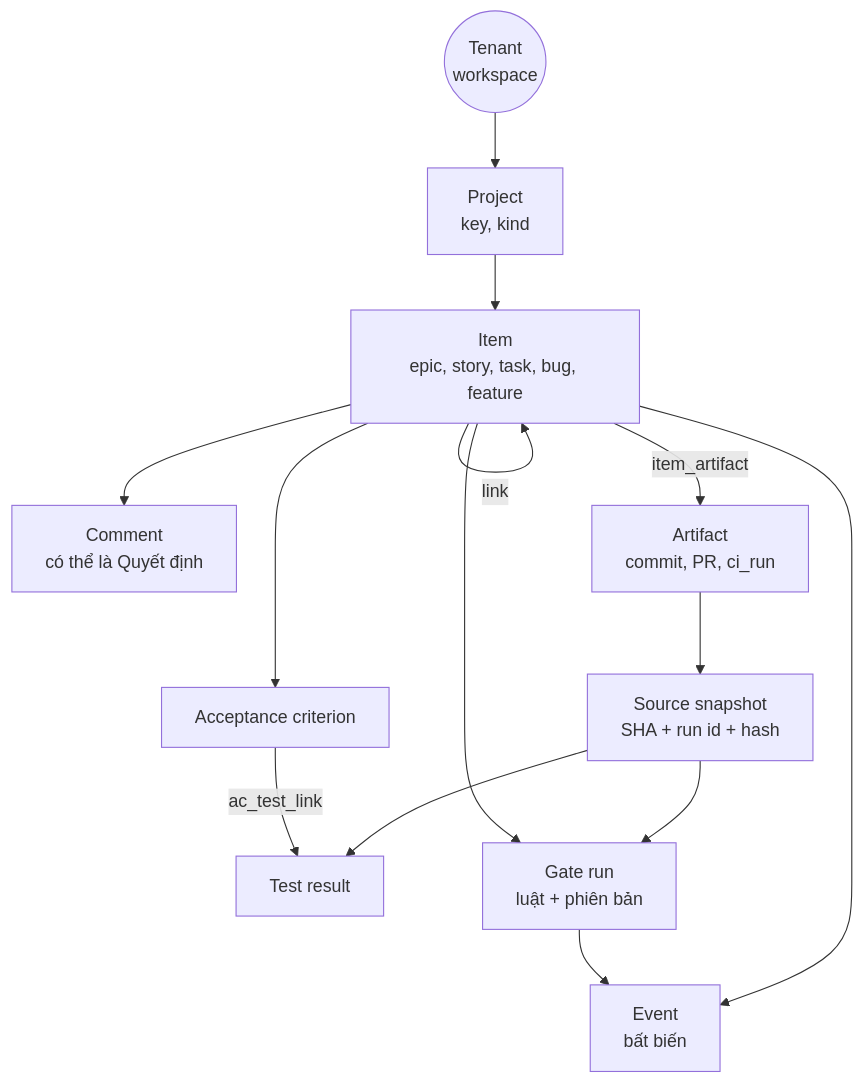
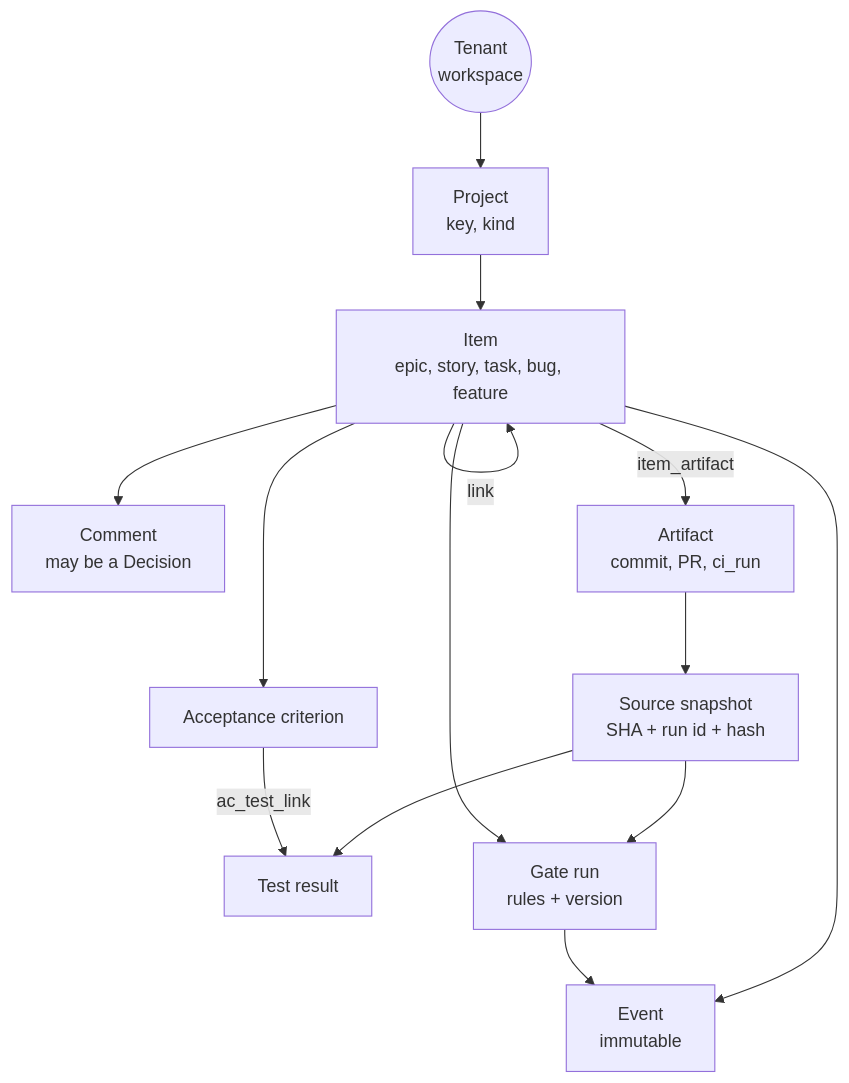
Before and after one commit to tungld9999blacksmith/Strata: the third of 21 diagrams in README.md, drawn with Mermaid. The commit also changed other lines of this file and 13 other files, not shown here.

````diff
--- a/README.md
+++ b/README.md
@@ -143,17 +143,17 @@
 ```mermaid
 flowchart TB
     T(("Tenant<br/>workspace"))
     T --> P["Project<br/>key, kind"]
     P --> I["Item<br/>epic, story, task, bug, feature"]
     I -- "link" --> I
-    I --> C["Comment<br/>có thể là Quyết định"]
+    I --> C["Comment<br/>may be a Decision"]
     I --> AC["Acceptance criterion"]
     I -- "item_artifact" --> A["Artifact<br/>commit, PR, ci_run"]
     A --> S["Source snapshot<br/>SHA + run id + hash"]
     S --> TR["Test result"]
     AC -- "ac_test_link" --> TR
-    S --> GR["Gate run<br/>luật + phiên bản"]
+    S --> GR["Gate run<br/>rules + version"]
     I --> GR
-    I --> E["Event<br/>bất biến"]
+    I --> E["Event<br/>immutable"]
     GR --> E
 ```
````
